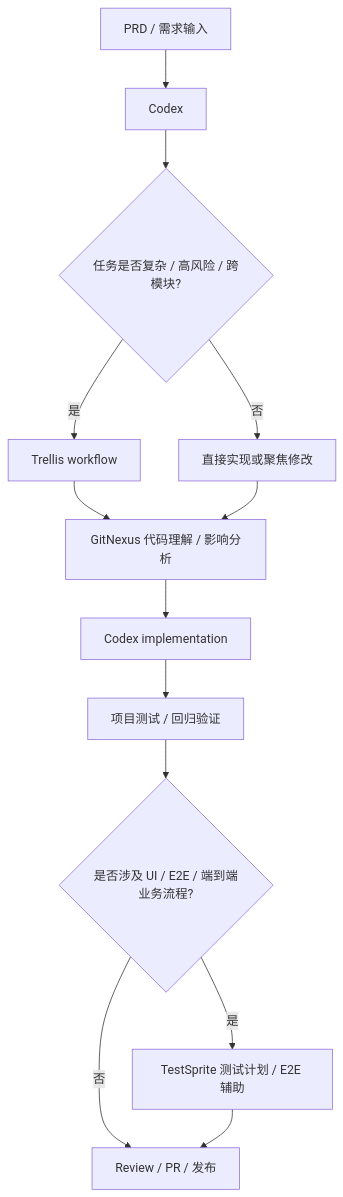
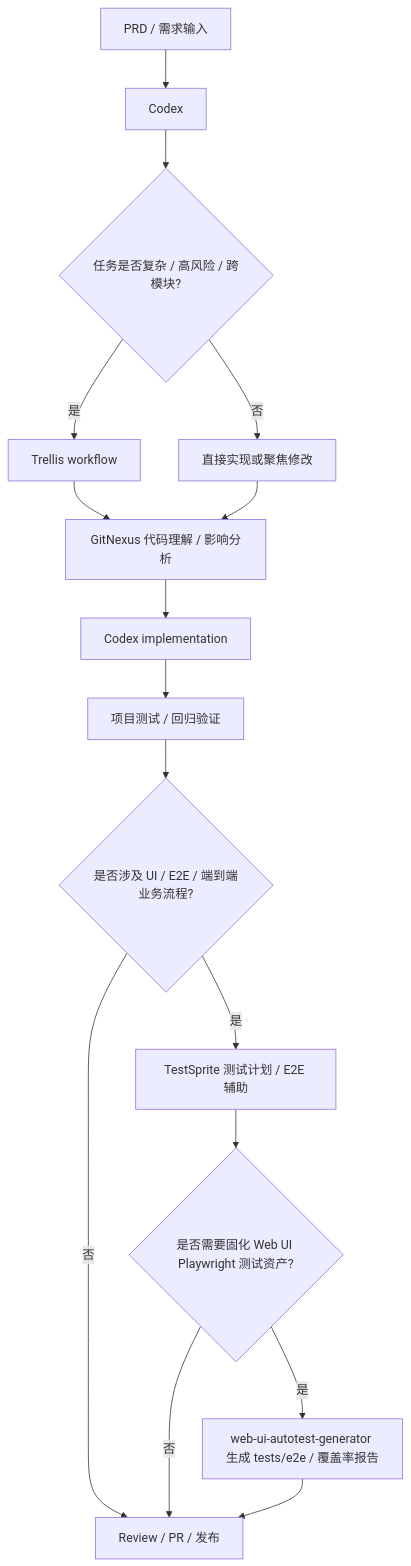
The diagram in ENTRYPOINT.md (KunoLu/640-skills), drawn with Mermaid before and after one commit. The commit also changed other lines of this file and 6 other files, not shown here.

````diff
--- a/ENTRYPOINT.md
+++ b/ENTRYPOINT.md
@@ -24,15 +28,18 @@
 ```mermaid
 flowchart TD
     A[PRD / 需求输入] --> B[Codex]
     B --> C{任务是否复杂 / 高风险 / 跨模块?}
     C -- 是 --> D[Trellis workflow]
     C -- 否 --> E[直接实现或聚焦修改]
     D --> F[GitNexus 代码理解 / 影响分析]
     E --> F
     F --> G[Codex implementation]
     G --> H[项目测试 / 回归验证]
     H --> I{是否涉及 UI / E2E / 端到端业务流程?}
     I -- 是 --> J[TestSprite 测试计划 / E2E 辅助]
     I -- 否 --> K[Review / PR / 发布]
-    J --> K
+    J --> L{是否需要固化 Web UI Playwright 测试资产?}
+    L -- 是 --> M[web-ui-autotest-generator 生成 tests/e2e / 覆盖率报告]
+    L -- 否 --> K
+    M --> K
 ```
````
